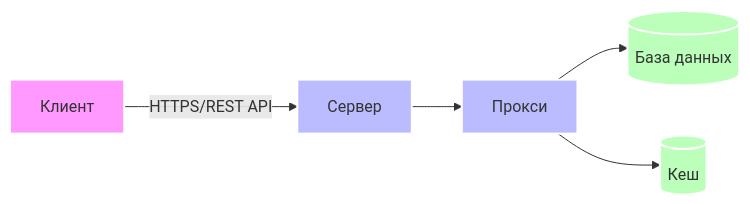
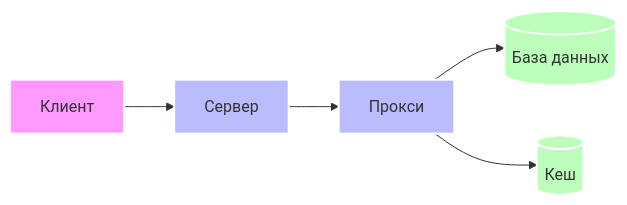
The first of 2 diagrams in 8.md (luzstrik/project-system-vvsu), drawn with Mermaid before and after one commit. The commit also changed other lines of this file, not shown here.

````diff
--- a/8.md
+++ b/8.md
@@ -9,15 +9,15 @@
 ```mermaid
 graph LR
-    A[Клиент] -->|HTTPS/REST API| B[Сервер]
+    A[Клиент] --> B[Сервер]
     B --> C["Прокси"]
     C --> D[(База данных)]
     C --> E[(Кеш)]
     
     classDef client fill:#f9f,stroke:#FFFFFF,stroke-width:2px;
     classDef server fill:#bbf,stroke:#FFFFFF,stroke-width:2px;
     classDef db fill:#bfb,stroke:#FFFFFF,stroke-width:2px;
     
     class A client;
     class B,C server;
     class D,E db;
 ```
````
